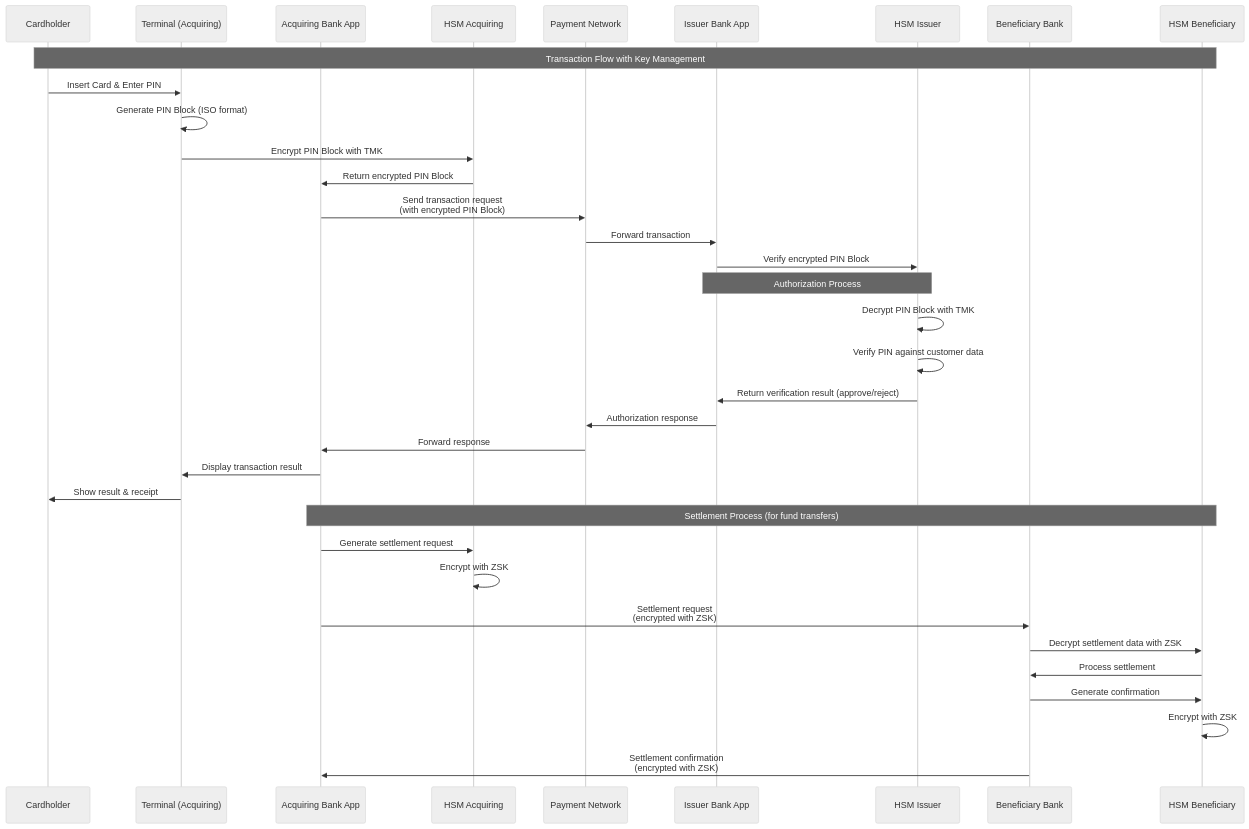
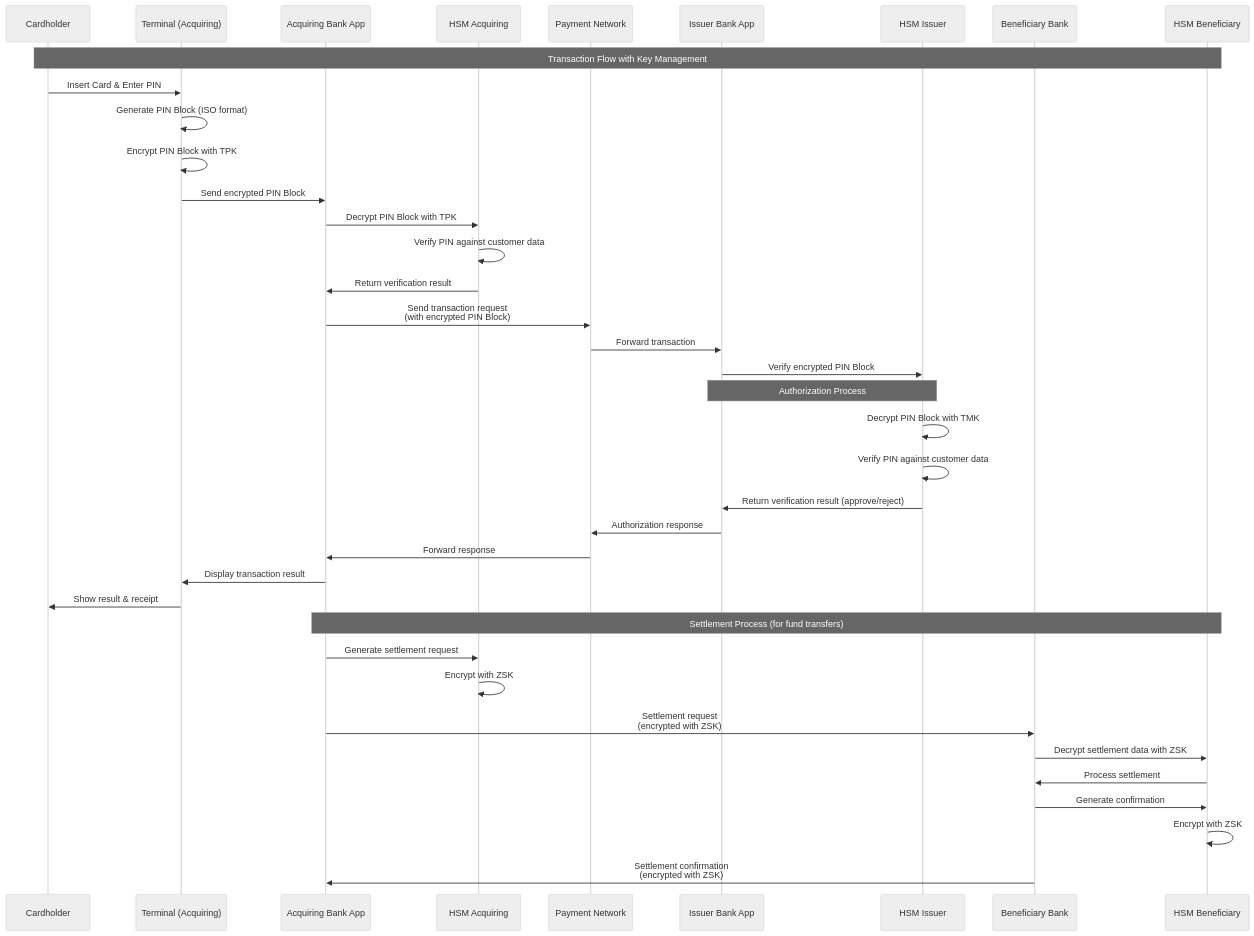
One commit to artivisi/hsm-simulator changed the second of 2 diagrams in README.md. Above: the diagram before and after it, drawn with Mermaid (neutral theme). The commit also changed other lines of this file, not shown here.

First line of the commit message:
Correct key usage for PIN Block encryption in banking system

````diff
--- a/README.md
+++ b/README.md
@@ -117,42 +117,45 @@
 ```mermaid
 sequenceDiagram
     participant C as Cardholder
     participant T as Terminal (Acquiring)
     participant AB as Acquiring Bank App
     participant AB_HSM as HSM Acquiring
     participant NW as Payment Network
     participant IB as Issuer Bank App
     participant IB_HSM as HSM Issuer
     participant BB as Beneficiary Bank
     participant BB_HSM as HSM Beneficiary
 
     Note over C,BB_HSM: Transaction Flow with Key Management
 
     C->>T: Insert Card & Enter PIN
     T->>T: Generate PIN Block (ISO format)
-    T->>AB_HSM: Encrypt PIN Block with TMK
-    AB_HSM->>AB: Return encrypted PIN Block
+    T->>T: Encrypt PIN Block with TPK
+    T->>AB: Send encrypted PIN Block
+    AB->>AB_HSM: Decrypt PIN Block with TPK
+    AB_HSM->>AB_HSM: Verify PIN against customer data
+    AB_HSM->>AB: Return verification result
     AB->>NW: Send transaction request<br/>(with encrypted PIN Block)
 
     NW->>IB: Forward transaction
     IB->>IB_HSM: Verify encrypted PIN Block
     Note over IB,IB_HSM: Authorization Process
     IB_HSM->>IB_HSM: Decrypt PIN Block with TMK
     IB_HSM->>IB_HSM: Verify PIN against customer data
     IB_HSM->>IB: Return verification result (approve/reject)
     IB->>NW: Authorization response
 
     NW->>AB: Forward response
     AB->>T: Display transaction result
     T->>C: Show result & receipt
 
     Note over AB,BB_HSM: Settlement Process (for fund transfers)
     AB->>AB_HSM: Generate settlement request
     AB_HSM->>AB_HSM: Encrypt with ZSK
     AB->>BB: Settlement request<br/>(encrypted with ZSK)
     BB->>BB_HSM: Decrypt settlement data with ZSK
     BB_HSM->>BB: Process settlement
     BB->>BB_HSM: Generate confirmation
     BB_HSM->>BB_HSM: Encrypt with ZSK
     BB->>AB: Settlement confirmation<br/>(encrypted with ZSK)
 ```
````
